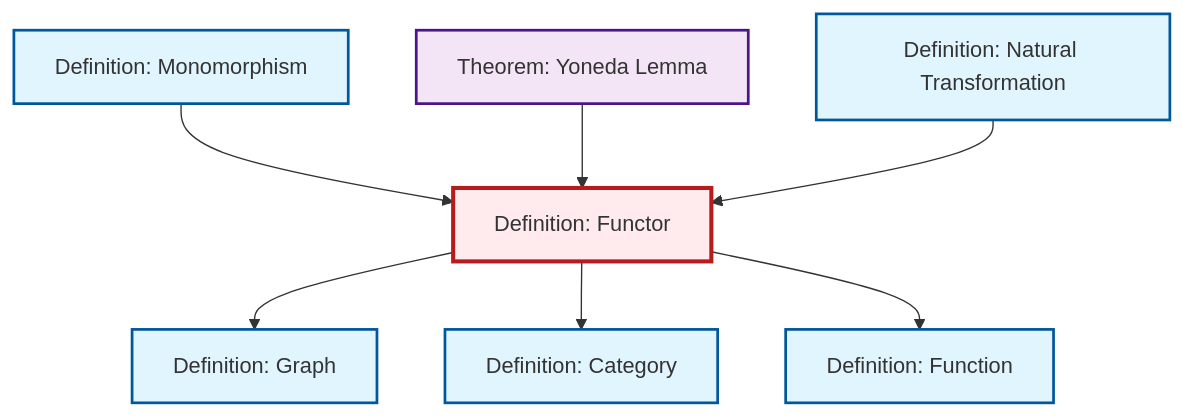
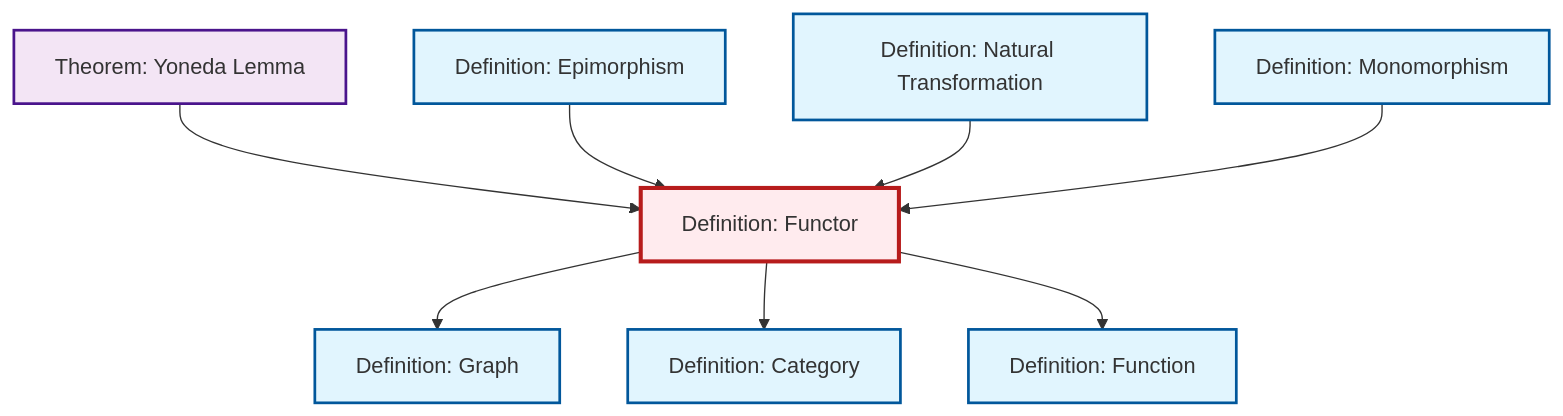
One commit to RK0429/ModernMath changed the diagram in content/en/category-theory/def-functor.qmd. Above: the diagram before and after it, drawn with Mermaid. The commit also changed 597 other files, not shown here.

````diff
--- a/content/en/category-theory/def-functor.qmd
+++ b/content/en/category-theory/def-functor.qmd
@@ -50,29 +50,32 @@
 ```{mermaid}
 %%| fig-cap: "Local dependency graph"
 graph TD
     classDef definition fill:#e1f5fe,stroke:#01579b,stroke-width:2px
     classDef theorem fill:#f3e5f5,stroke:#4a148c,stroke-width:2px
     classDef axiom fill:#fff3e0,stroke:#e65100,stroke-width:2px
     classDef example fill:#e8f5e9,stroke:#1b5e20,stroke-width:2px
     classDef current fill:#ffebee,stroke:#b71c1c,stroke-width:3px
+    def-natural-transformation["Definition: Natural Transformation"]:::definition
+    def-epimorphism["Definition: Epimorphism"]:::definition
+    def-category["Definition: Category"]:::definition
+    thm-yoneda["Theorem: Yoneda Lemma"]:::theorem
     def-function["Definition: Function"]:::definition
+    def-monomorphism["Definition: Monomorphism"]:::definition
     def-graph["Definition: Graph"]:::definition
-    thm-yoneda["Theorem: Yoneda Lemma"]:::theorem
-    def-category["Definition: Category"]:::definition
-    def-monomorphism["Definition: Monomorphism"]:::definition
-    def-natural-transformation["Definition: Natural Transformation"]:::definition
     def-functor["Definition: Functor"]:::definition
+    thm-yoneda --> def-functor
     def-functor --> def-graph
+    def-epimorphism --> def-functor
+    def-natural-transformation --> def-functor
+    def-functor --> def-category
     def-monomorphism --> def-functor
-    def-functor --> def-category
-    thm-yoneda --> def-functor
-    def-natural-transformation --> def-functor
     def-functor --> def-function
     class def-functor current
+    click def-natural-transformation "def-natural-transformation.html" "Go to Natural Transformation definition"
+    click def-epimorphism "def-epimorphism.html" "Go to Epimorphism definition"
+    click def-category "def-category.html" "Go to Category definition"
+    click thm-yoneda "thm-yoneda.html" "Go to Yoneda Lemma theorem"
     click def-function "def-function.html" "Go to Function definition"
+    click def-monomorphism "def-monomorphism.html" "Go to Monomorphism definition"
     click def-graph "def-graph.html" "Go to Graph definition"
-    click thm-yoneda "thm-yoneda.html" "Go to Yoneda Lemma theorem"
-    click def-category "def-category.html" "Go to Category definition"
-    click def-monomorphism "def-monomorphism.html" "Go to Monomorphism definition"
-    click def-natural-transformation "def-natural-transformation.html" "Go to Natural Transformation definition"
 ```
````
